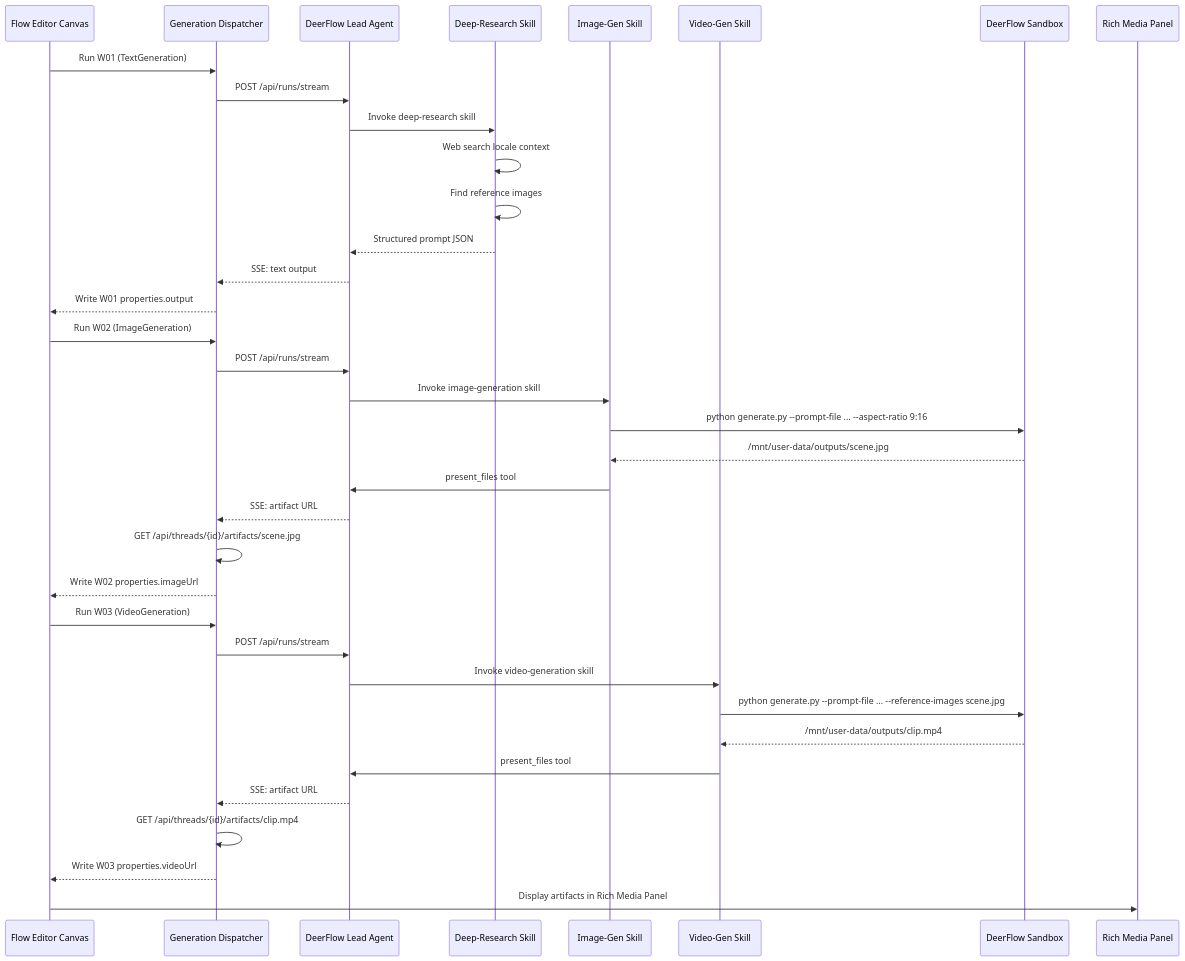
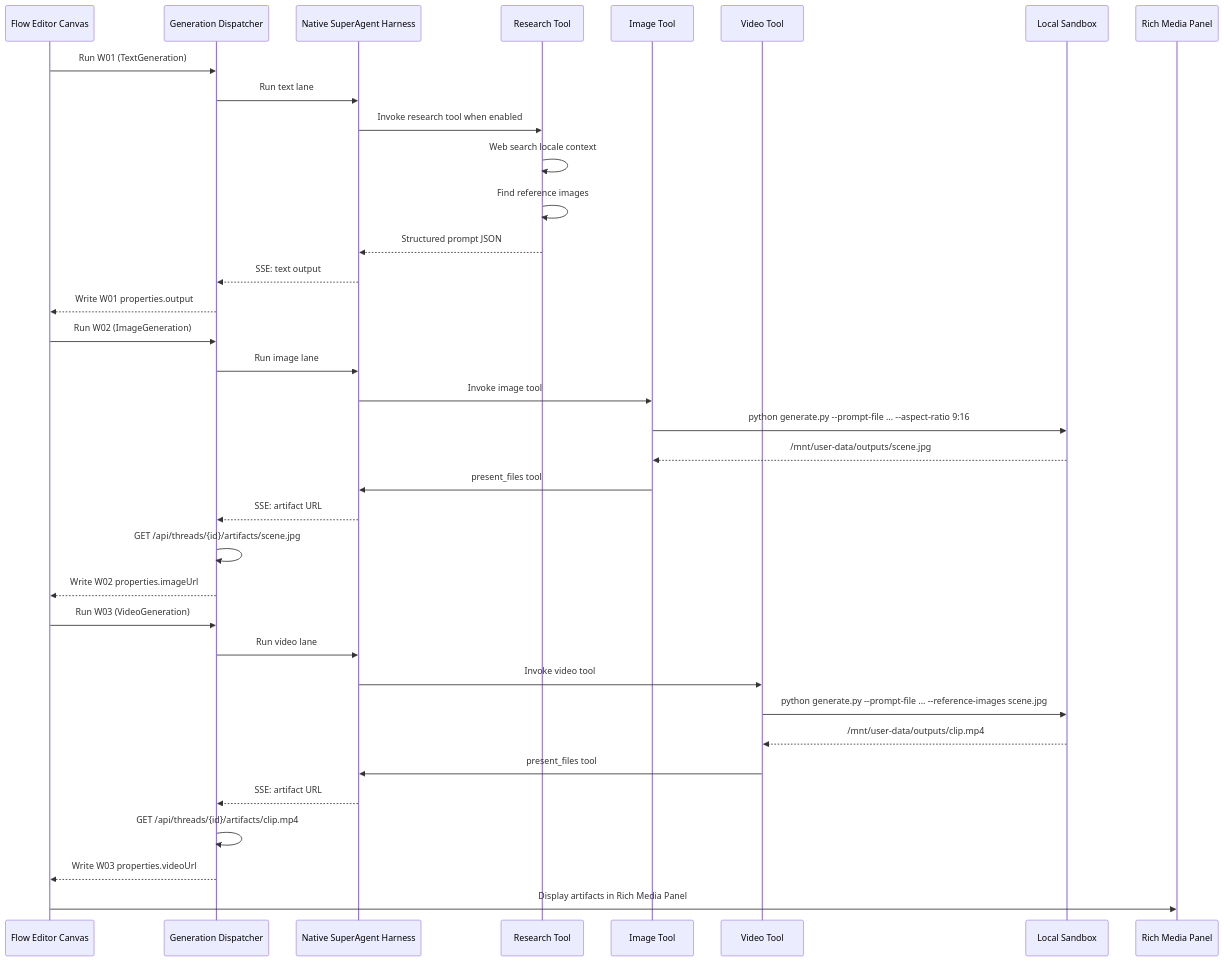
Before and after one commit to huijoohwee/huijoohwee: the first of 2 diagrams in docs/knowgrph-video-demo.md, drawn with Mermaid. The commit also changed other lines of this file and 1127 other files, not shown here.

````diff
--- a/docs/knowgrph-video-demo.md
+++ b/docs/knowgrph-video-demo.md
@@ -491,42 +491,42 @@
 ```mermaid
 sequenceDiagram
     participant Canvas as Flow Editor Canvas
     participant Dispatch as Generation Dispatcher
-    participant Agent as DeerFlow Lead Agent
-    participant Research as Deep-Research Skill
-    participant ImageGen as Image-Gen Skill
-    participant VideoGen as Video-Gen Skill
-    participant Sandbox as DeerFlow Sandbox
+    participant Agent as Native SuperAgent Harness
+    participant Research as Research Tool
+    participant ImageGen as Image Tool
+    participant VideoGen as Video Tool
+    participant Sandbox as Local Sandbox
     participant Renderer as Rich Media Panel
 
     Canvas ->> Dispatch : Run W01 (TextGeneration)
-    Dispatch ->> Agent : POST /api/runs/stream
-    Agent ->> Research : Invoke deep-research skill
+    Dispatch ->> Agent : Run text lane
+    Agent ->> Research : Invoke research tool when enabled
     Research ->> Research : Web search locale context
     Research ->> Research : Find reference images
     Research -->> Agent : Structured prompt JSON
     Agent -->> Dispatch : SSE: text output
     Dispatch -->> Canvas : Write W01 properties.output
 
     Canvas ->> Dispatch : Run W02 (ImageGeneration)
-    Dispatch ->> Agent : POST /api/runs/stream
-    Agent ->> ImageGen : Invoke image-generation skill
+    Dispatch ->> Agent : Run image lane
+    Agent ->> ImageGen : Invoke image tool
     ImageGen ->> Sandbox : python generate.py --prompt-file ... --aspect-ratio 9:16
     Sandbox -->> ImageGen : /mnt/user-data/outputs/scene.jpg
     ImageGen ->> Agent : present_files tool
     Agent -->> Dispatch : SSE: artifact URL
     Dispatch ->> Dispatch : GET /api/threads/{id}/artifacts/scene.jpg
     Dispatch -->> Canvas : Write W02 properties.imageUrl
 
     Canvas ->> Dispatch : Run W03 (VideoGeneration)
-    Dispatch ->> Agent : POST /api/runs/stream
-    Agent ->> VideoGen : Invoke video-generation skill
+    Dispatch ->> Agent : Run video lane
+    Agent ->> VideoGen : Invoke video tool
     VideoGen ->> Sandbox : python generate.py --prompt-file ... --reference-images scene.jpg
     Sandbox -->> VideoGen : /mnt/user-data/outputs/clip.mp4
     VideoGen ->> Agent : present_files tool
     Agent -->> Dispatch : SSE: artifact URL
     Dispatch ->> Dispatch : GET /api/threads/{id}/artifacts/clip.mp4
     Dispatch -->> Canvas : Write W03 properties.videoUrl
 
     Canvas ->> Renderer : Display artifacts in Rich Media Panel
 ```
````
